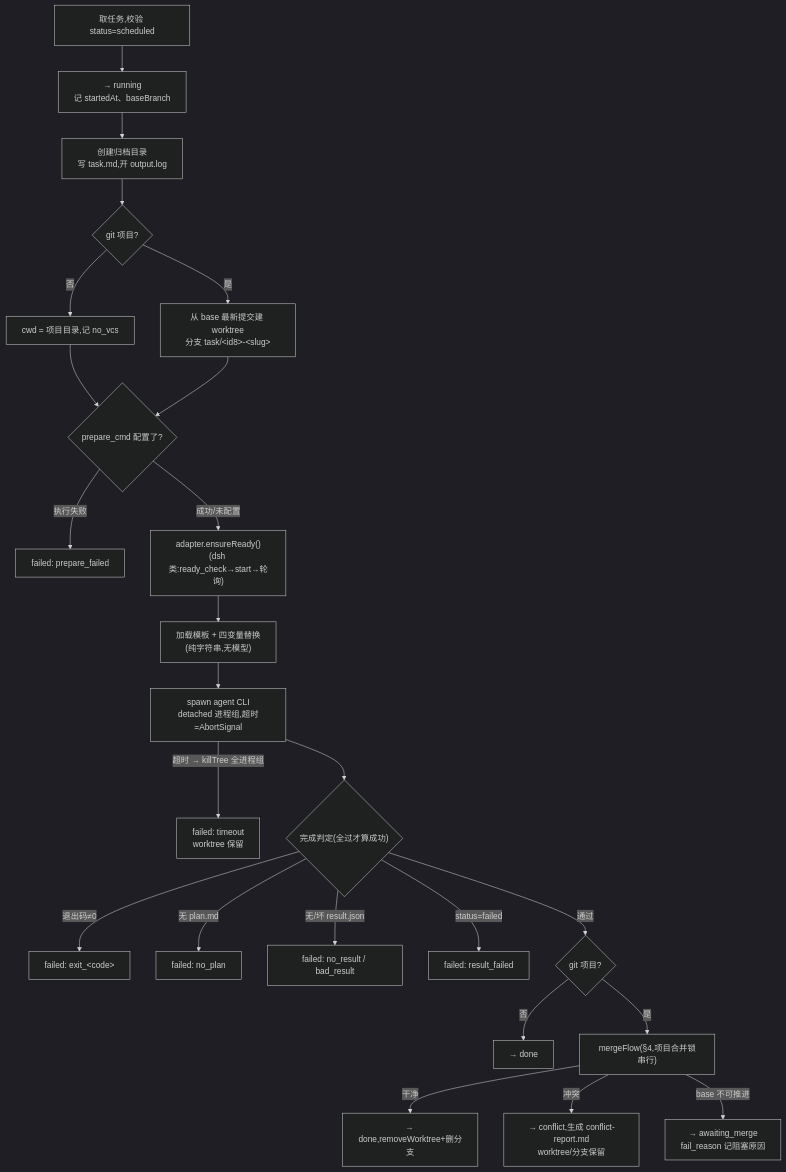
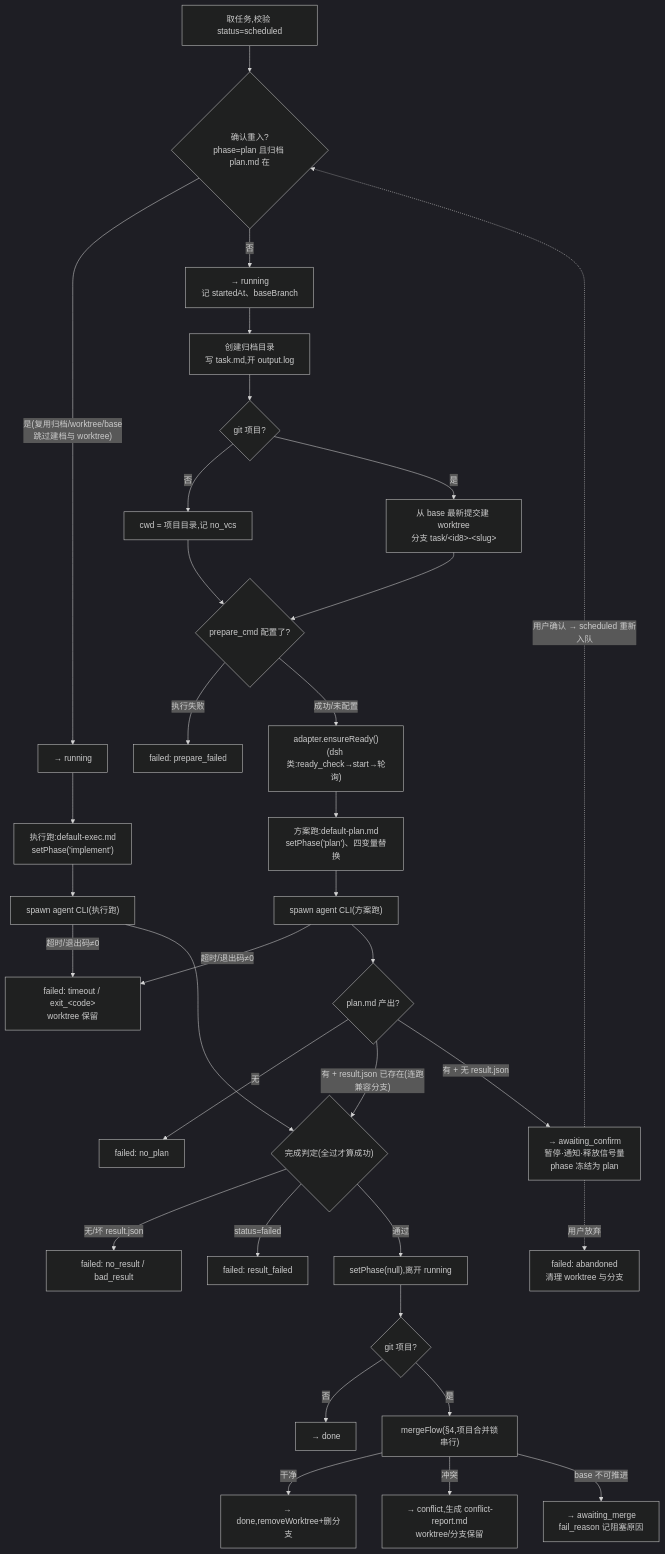
The third of 8 diagrams in docs/flows.md (HackSing/dispatch), drawn with Mermaid (dark theme) before and after one commit. The commit also changed other lines of this file and 61 other files, not shown here.

````diff
--- a/docs/flows.md
+++ b/docs/flows.md
@@ -81,26 +88,36 @@
 ```mermaid
 flowchart TD
-    A["取任务,校验 status=scheduled"] --> B["→ running<br/>记 startedAt、baseBranch"]
+    A["取任务,校验 status=scheduled"] --> A1{"确认重入?<br/>phase=plan 且归档 plan.md 在"}
+    A1 -- "是(复用归档/worktree/base<br/>跳过建档与 worktree)" --> B2["→ running"]
+    A1 -- 否 --> B["→ running<br/>记 startedAt、baseBranch"]
     B --> C["创建归档目录<br/>写 task.md,开 output.log"]
     C --> D{git 项目?}
     D -- 否 --> E["cwd = 项目目录,记 no_vcs"]
     D -- 是 --> F["从 base 最新提交建 worktree<br/>分支 task/&lt;id8&gt;-&lt;slug&gt;"]
     E --> G{"prepare_cmd 配置了?"}
     F --> G
     G -- "执行失败" --> X1["failed: prepare_failed"]
     G -- "成功/未配置" --> H["adapter.ensureReady()<br/>(dsh 类:ready_check→start→轮询)"]
-    H --> I["加载模板 + 四变量替换<br/>(纯字符串,无模型)"]
-    I --> J["spawn agent CLI<br/>detached 进程组,超时=AbortSignal"]
-    J -- "超时 → killTree 全进程组" --> X2["failed: timeout<br/>worktree 保留"]
-    J --> K{"完成判定(全过才算成功)"}
-    K -- "退出码≠0" --> X3["failed: exit_&lt;code&gt;"]
-    K -- "无 plan.md" --> X4["failed: no_plan"]
+    H --> IP["方案跑:default-plan.md<br/>setPhase('plan')、四变量替换"]
+    IP --> JP["spawn agent CLI(方案跑)"]
+    JP -- "超时/退出码≠0" --> XF["failed: timeout / exit_&lt;code&gt;<br/>worktree 保留"]
+    JP --> KP{"plan.md 产出?"}
+    KP -- 无 --> X4["failed: no_plan"]
+    KP -- "有 + result.json 已存在(连跑兼容分支)" --> K
+    KP -- "有 + 无 result.json" --> AC["→ awaiting_confirm<br/>暂停·通知·释放信号量<br/>phase 冻结为 plan"]
+    AC -. "用户确认 → scheduled 重新入队" .-> A1
+    AC -. "用户放弃" .-> XA["failed: abandoned<br/>清理 worktree 与分支"]
+    B2 --> IE["执行跑:default-exec.md<br/>setPhase('implement')"]
+    IE --> JE["spawn agent CLI(执行跑)"]
+    JE -- "超时/退出码≠0" --> XF
+    JE --> K{"完成判定(全过才算成功)"}
     K -- "无/坏 result.json" --> X5["failed: no_result / bad_result"]
     K -- "status=failed" --> X6["failed: result_failed"]
-    K -- 通过 --> L{git 项目?}
+    K -- 通过 --> KL["setPhase(null),离开 running"]
+    KL --> L{git 项目?}
     L -- 否 --> M["→ done"]
     L -- 是 --> N["mergeFlow(§4,项目合并锁串行)"]
     N -- 干净 --> O["→ done,removeWorktree+删分支"]
     N -- 冲突 --> P["→ conflict,生成 conflict-report.md<br/>worktree/分支保留"]
     N -- "base 不可推进" --> Q["→ awaiting_merge<br/>fail_reason 记阻塞原因"]
 ```
````
